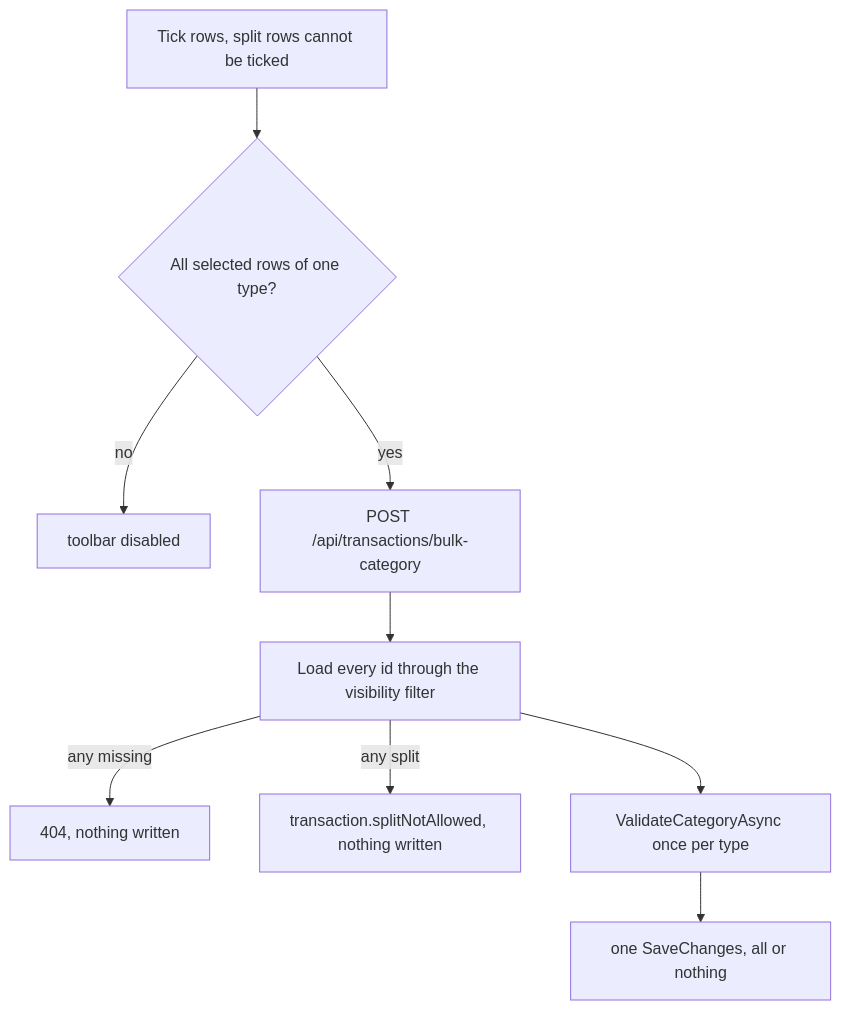
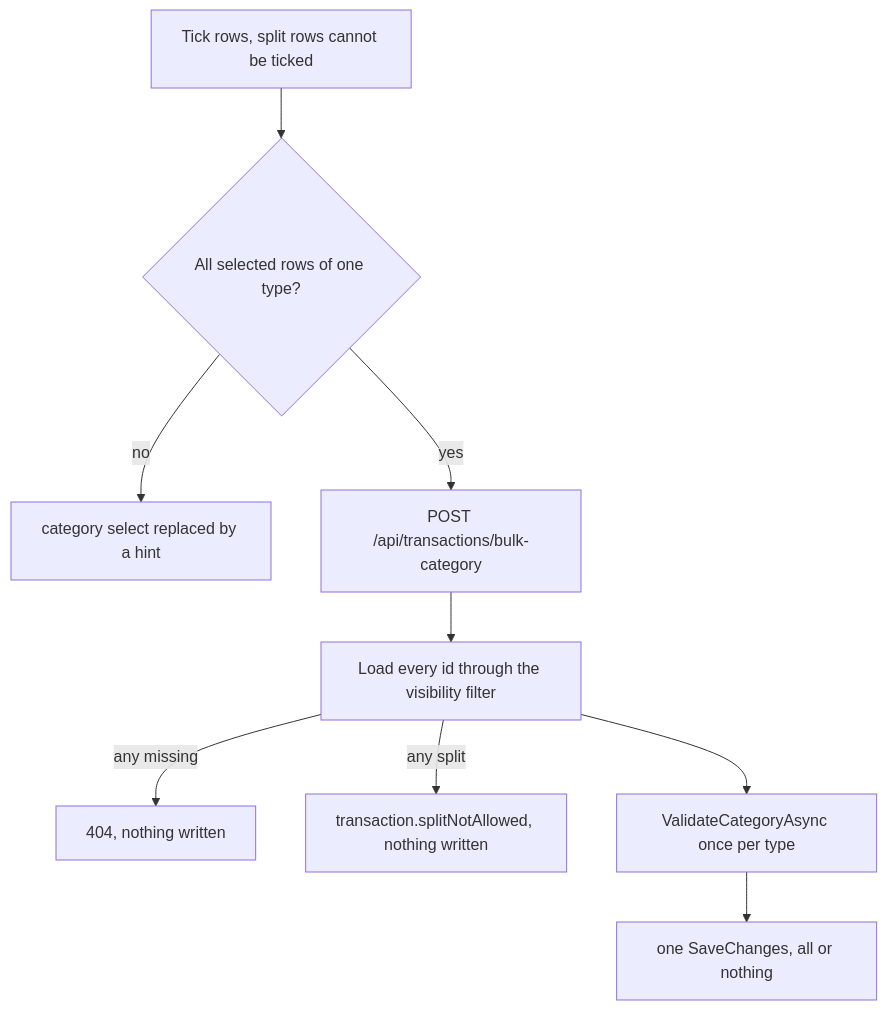
Before and after one commit to Justxs/Jx-Finance: the third of 6 diagrams in docs/features/transactions.md, drawn with Mermaid. The commit also changed other lines of this file and 154 other files, not shown here.

````diff
--- a/docs/features/transactions.md
+++ b/docs/features/transactions.md
@@ -204,11 +208,11 @@
 ```mermaid
 flowchart TD
     Select["Tick rows, split rows cannot be ticked"] --> Same{"All selected rows of one type?"}
-    Same -->|"no"| Disabled["toolbar disabled"]
+    Same -->|"no"| Disabled["category select replaced by a hint"]
     Same -->|"yes"| Post["POST /api/transactions/bulk-category"]
     Post --> Load["Load every id through the visibility filter"]
     Load -->|"any missing"| NF["404, nothing written"]
     Load -->|"any split"| Split["transaction.splitNotAllowed, nothing written"]
     Load --> Check["ValidateCategoryAsync once per type"]
     Check --> Save["one SaveChanges, all or nothing"]
 ```
````
